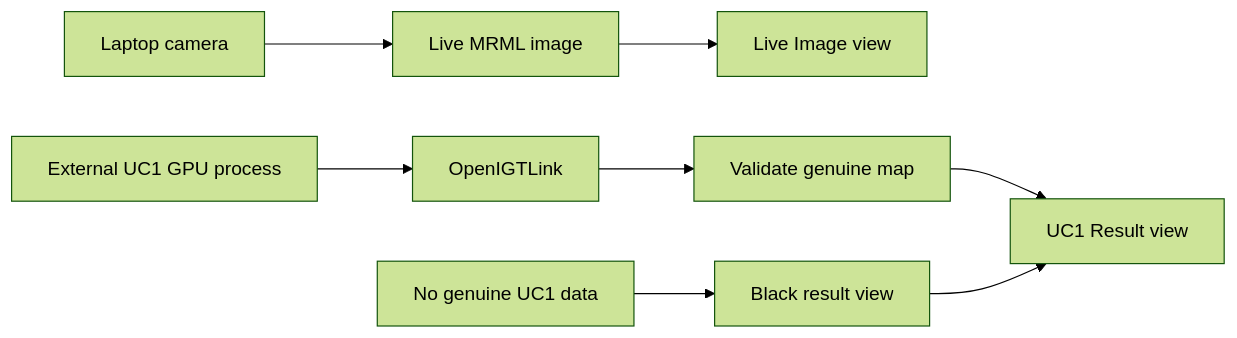
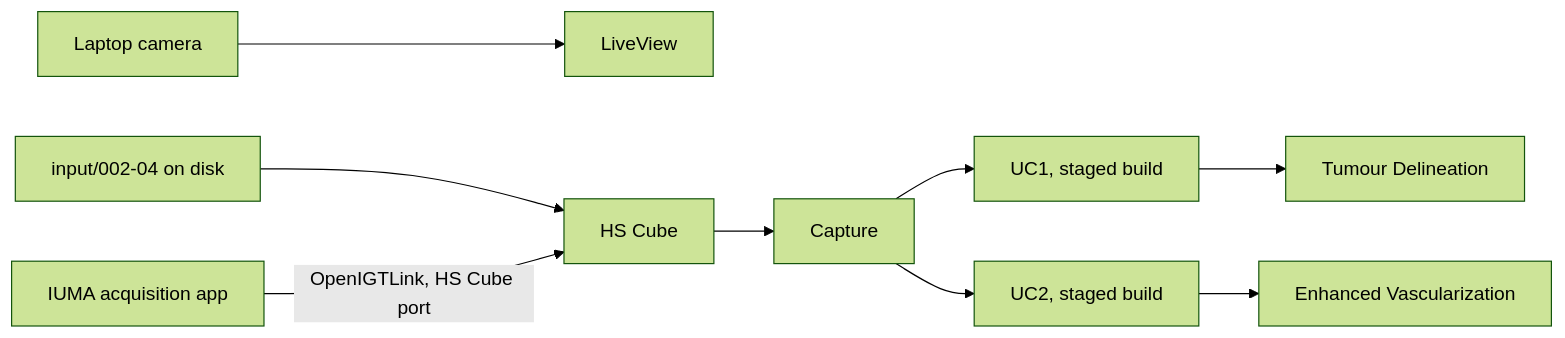
One commit to alejandrou/SLIAFlow changed the diagram in docs/architecture/SLIAFLOW_IMPLEMENTATION_ROADMAP.md. Above: the diagram before and after it, drawn with Mermaid (forest theme). The commit also changed other lines of this file and 38 other files, not shown here.

````diff
--- a/docs/architecture/SLIAFLOW_IMPLEMENTATION_ROADMAP.md
+++ b/docs/architecture/SLIAFLOW_IMPLEMENTATION_ROADMAP.md
@@ -46,12 +79,9 @@
 ```mermaid
 flowchart LR
-    Camera[Laptop camera] --> LiveNode[Live MRML image]
-    LiveNode --> Left[Live Image view]
-
-    UC1[External UC1 GPU process] --> IGT[OpenIGTLink]
-    IGT --> Validation[Validate genuine map]
-    Validation --> Right[UC1 Result view]
-
-    Missing[No genuine UC1 data] --> Black[Black result view]
-    Black --> Right
+    Camera[Laptop camera] --> Live[LiveView]
+    Disk[input/002-04 on disk] --> Cube[HS Cube]
+    App[IUMA acquisition app] -->|OpenIGTLink, HS Cube port| Cube
+    Cube --> Capture[Capture]
+    Capture --> UC1[UC1, staged build] --> Delineation[Tumour Delineation]
+    Capture --> UC2[UC2, staged build] --> Vascular[Enhanced Vascularization]
 ```
````
